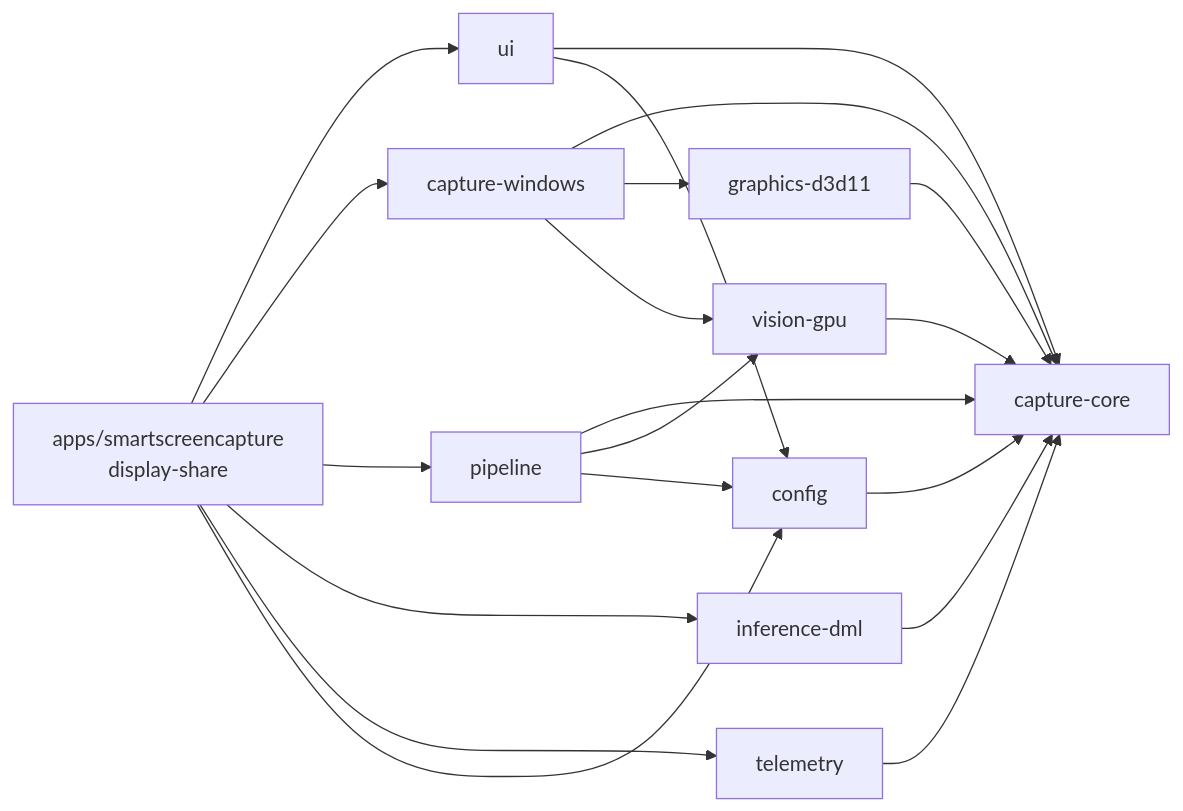
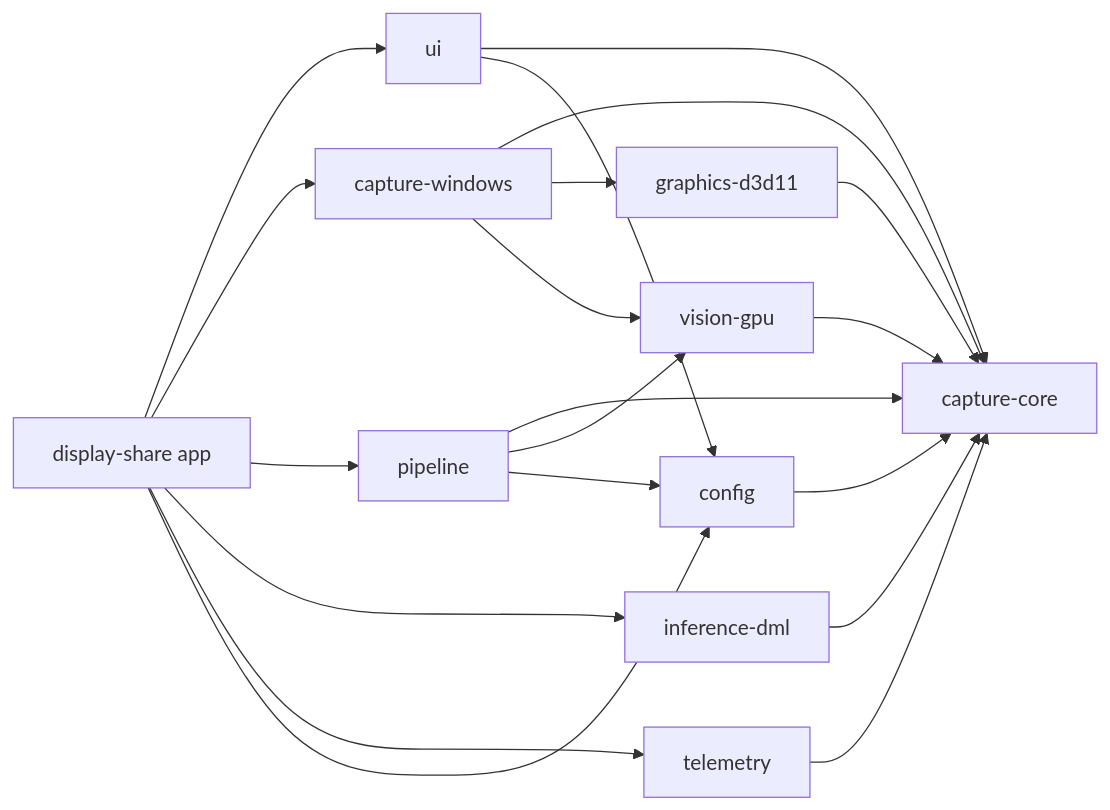
One commit to NAMUORI00/display-share changed the second of 8 diagrams in pages/arch.md. Above: the diagram before and after it, drawn with Mermaid. The commit also changed other lines of this file and 25 other files, not shown here.

First line of the commit message:
docs(wiki): complete pages for current privacy/DXGI architecture

````diff
--- a/pages/arch.md
+++ b/pages/arch.md
@@ -50,25 +53,23 @@
 ```mermaid
 flowchart LR
-  APP["apps/smartscreencapture<br/>display-share"]
-
-  APP --> UI["ui"]
-  APP --> CW["capture-windows"]
-  APP --> PIPE["pipeline"]
-  APP --> INF["inference-dml"]
-  APP --> TEL["telemetry"]
-  APP --> CFG["config"]
-
-  CW --> CORE["capture-core"]
-  CW --> G11["graphics-d3d11"]
-  CW --> VG["vision-gpu"]
+  APP[display-share app]
+  APP --> UI[ui]
+  APP --> CW[capture-windows]
+  APP --> PIPE[pipeline]
+  APP --> INF[inference-dml]
+  APP --> TEL[telemetry]
+  APP --> CFG[config]
+  CW --> CORE[capture-core]
+  CW --> G11[graphics-d3d11]
+  CW --> VG[vision-gpu]
   PIPE --> CORE
   PIPE --> VG
   PIPE --> CFG
   INF --> CORE
   UI --> CORE
   UI --> CFG
   TEL --> CORE
   CFG --> CORE
   G11 --> CORE
   VG --> CORE
 ```
````
